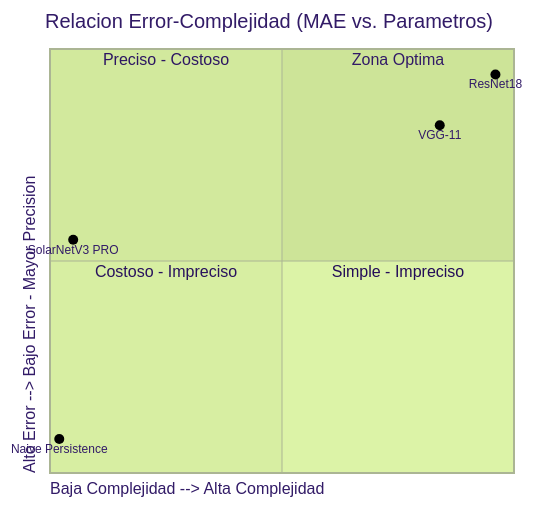
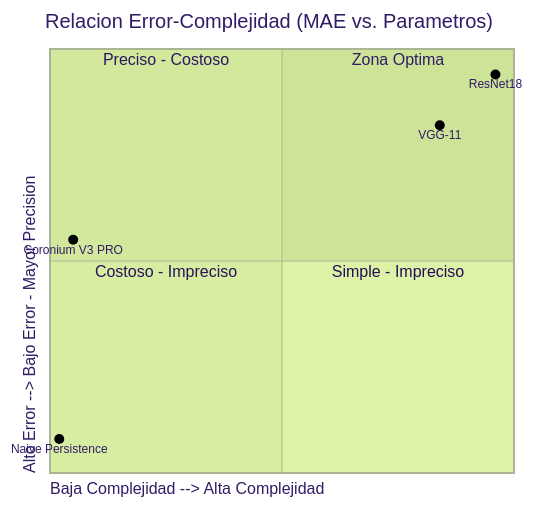
The diagram in RESEARCH_DOSSIER_MASTER.md (Alehcs/auralis), drawn with Mermaid (forest theme) before and after one commit. The commit also changed other lines of this file and 201 other files, not shown here.

````diff
--- a/RESEARCH_DOSSIER_MASTER.md
+++ b/RESEARCH_DOSSIER_MASTER.md
@@ -521,14 +521,14 @@
 ```mermaid
 quadrantChart
     title Relacion Error-Complejidad (MAE vs. Parametros)
     x-axis "Baja Complejidad --> Alta Complejidad"
     y-axis "Alto Error --> Bajo Error - Mayor Precision"
     quadrant-1 "Zona Optima"
     quadrant-2 "Preciso - Costoso"
     quadrant-3 "Costoso - Impreciso"
     quadrant-4 "Simple - Impreciso"
     Naive Persistence: [0.02, 0.08]
-    SolarNetV3 PRO: [0.05, 0.55]
+    Coronium V3 PRO: [0.05, 0.55]
     VGG-11: [0.84, 0.82]
     ResNet18: [0.96, 0.94]
 ```
````
